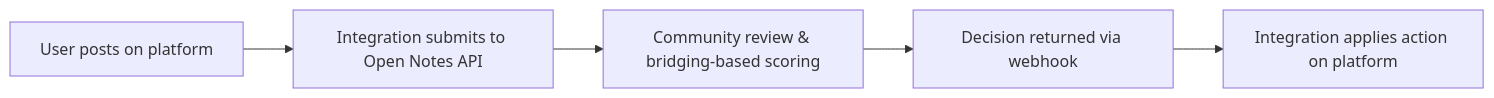
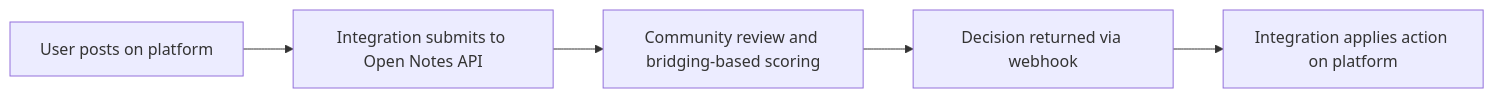
Before and after one commit to opennotes-ai/opennotes: the diagram in opennotes-docs/introduction.mdx, drawn with Mermaid. The commit also changed 3 other files, not shown here.

````diff
--- a/opennotes-docs/introduction.mdx
+++ b/opennotes-docs/introduction.mdx
@@ -11,7 +11,7 @@
 ```mermaid
 flowchart LR
     A[User posts on platform] --> B[Integration submits to Open Notes API]
-    B --> C[Community review &amp; bridging-based scoring]
+    B --> C["Community review and bridging-based scoring"]
     C --> D[Decision returned via webhook]
     D --> E[Integration applies action on platform]
 ```
````
